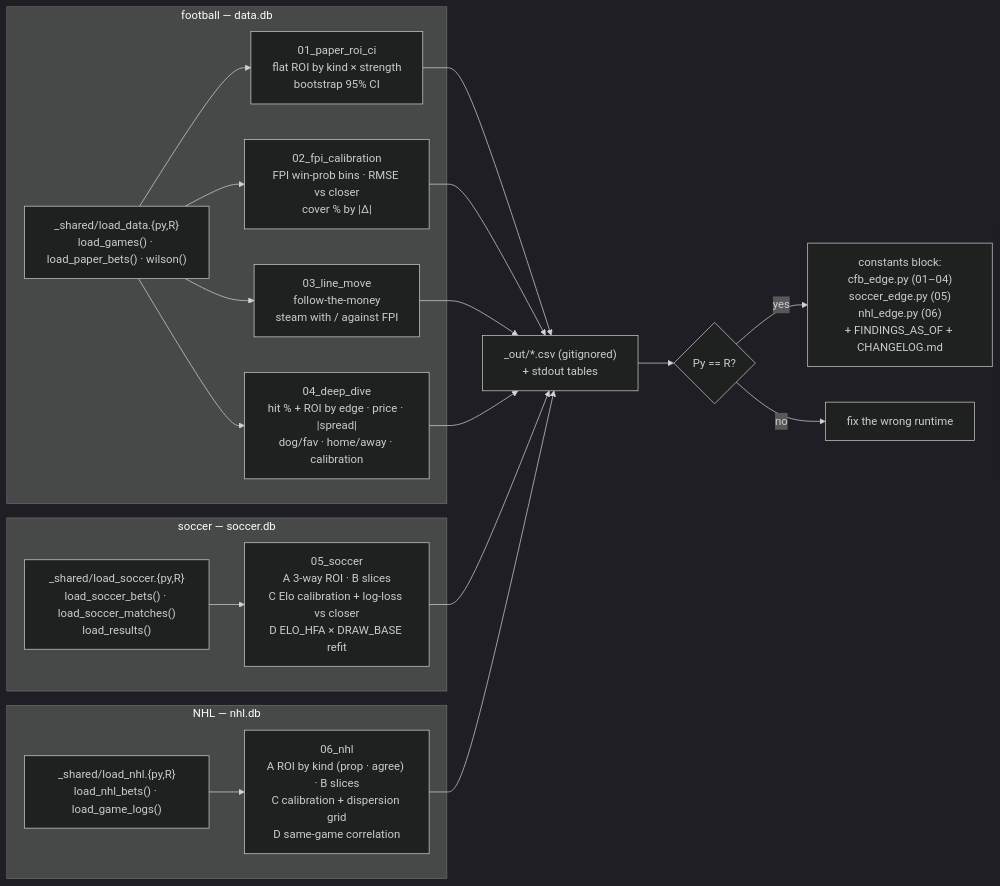
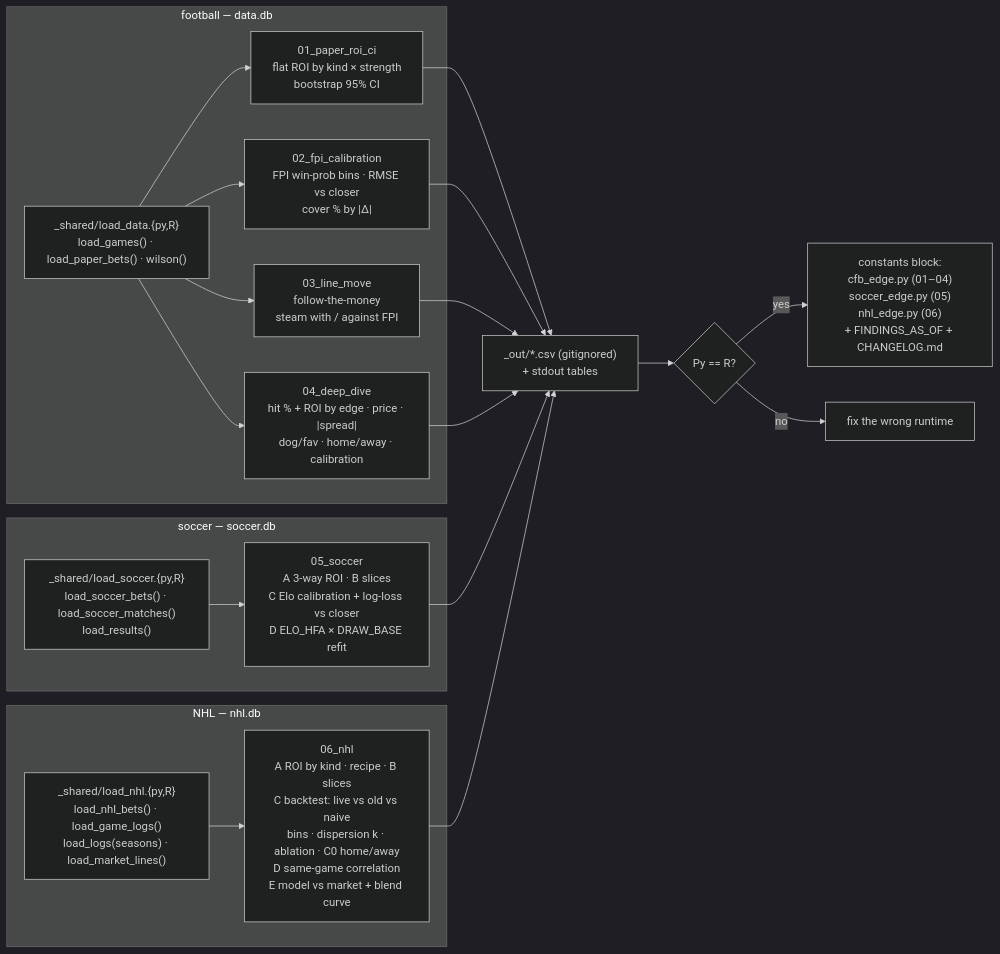
The diagram in analysis/README.md (wbp318/cfb_soccer_nhl_2026_2027), drawn with Mermaid (dark theme) before and after one commit. The commit also changed other lines of this file and 10 other files, not shown here.

````diff
--- a/analysis/README.md
+++ b/analysis/README.md
@@ -16,45 +16,48 @@
 ```mermaid
 flowchart LR
     subgraph FB["football — data.db"]
         LD["_shared/load_data.{py,R}
 load_games() · load_paper_bets() · wilson()"]
         LD --> S1["01_paper_roi_ci
 flat ROI by kind × strength
 bootstrap 95% CI"]
         LD --> S2["02_fpi_calibration
 FPI win-prob bins · RMSE vs closer
 cover % by |Δ|"]
         LD --> S3["03_line_move
 follow-the-money
 steam with / against FPI"]
         LD --> S4["04_deep_dive
 hit % + ROI by edge · price · |spread|
 dog/fav · home/away · calibration"]
     end
     subgraph SC["soccer — soccer.db"]
         LS["_shared/load_soccer.{py,R}
 load_soccer_bets() · load_soccer_matches()
 load_results()"]
         LS --> S5["05_soccer
 A 3-way ROI · B slices
 C Elo calibration + log-loss vs closer
 D ELO_HFA × DRAW_BASE refit"]
     end
     subgraph NH["NHL — nhl.db"]
         LN["_shared/load_nhl.{py,R}
-load_nhl_bets() · load_game_logs()"]
+load_nhl_bets() · load_game_logs()
+load_logs(seasons) · load_market_lines()"]
         LN --> S6["06_nhl
-A ROI by kind (prop · agree) · B slices
-C calibration + dispersion grid
-D same-game correlation"]
+A ROI by kind · recipe · B slices
+C backtest: live vs old vs naive
+bins · dispersion k · ablation · C0 home/away
+D same-game correlation
+E model vs market + blend curve"]
     end
     S1 & S2 & S3 & S4 & S5 & S6 --> OUT["_out/*.csv (gitignored)
 + stdout tables"]
     OUT --> V{"Py == R?"}
     V -- yes --> K["constants block:
 cfb_edge.py (01–04)
 soccer_edge.py (05)
 nhl_edge.py (06)
 + FINDINGS_AS_OF + CHANGELOG.md"]
     V -- no --> BUG["fix the wrong runtime"]
 ```
````
